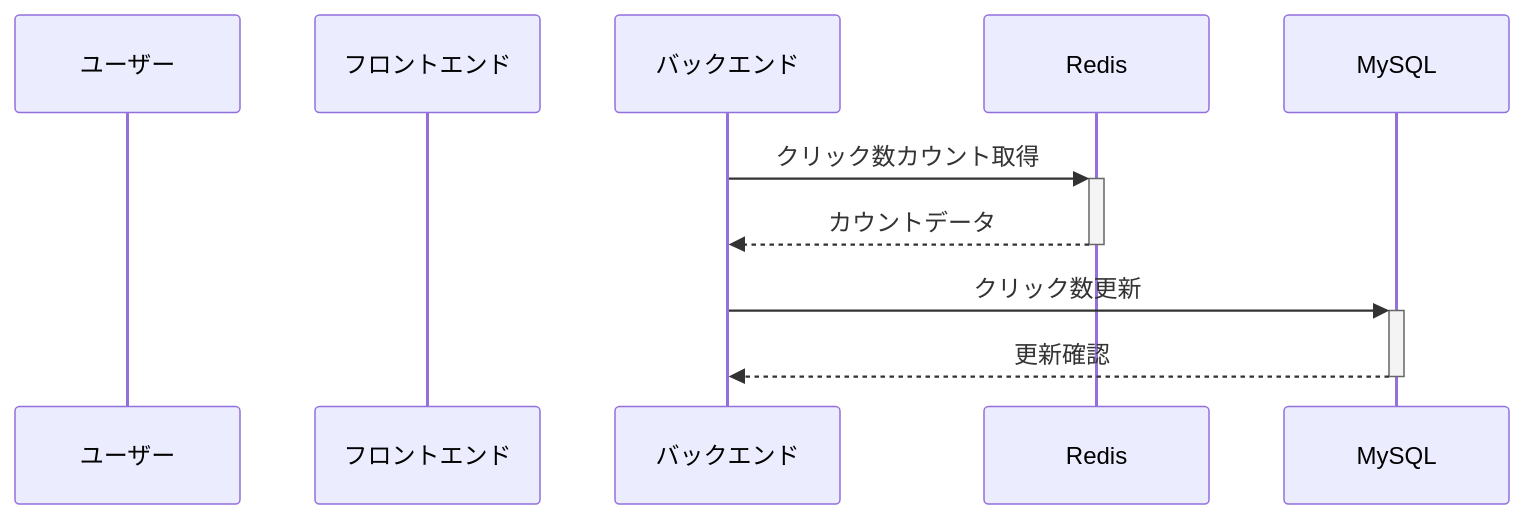
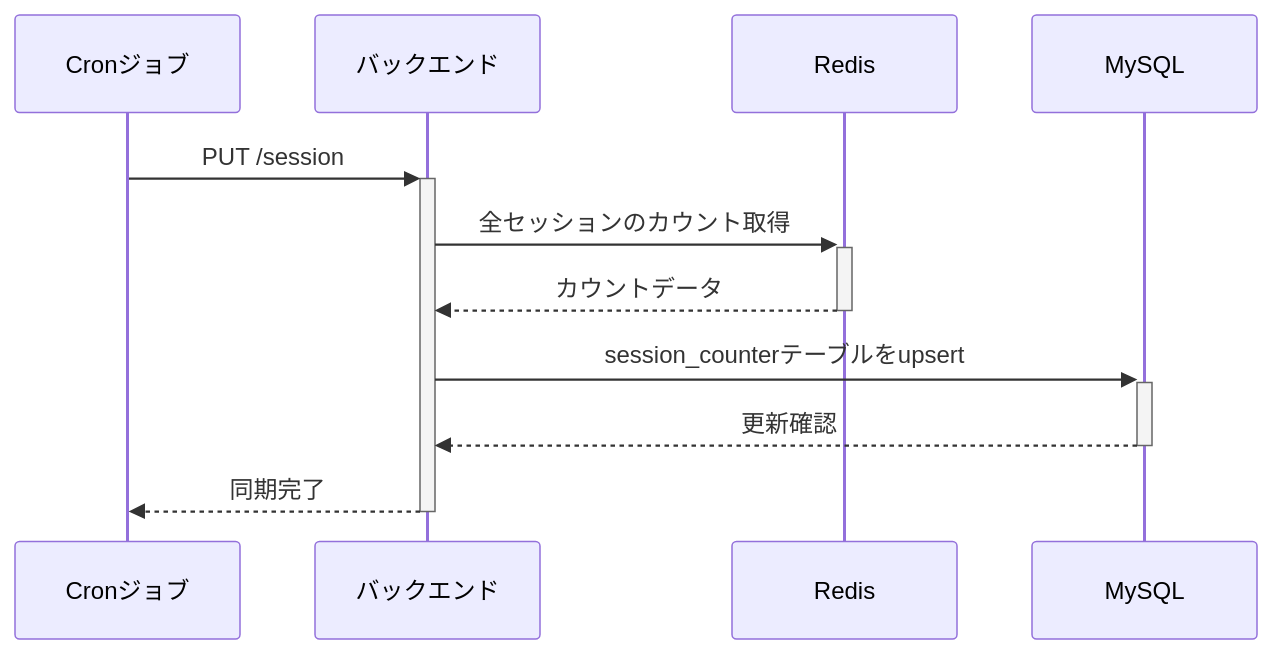
Before and after one commit to playpark-llc/kazoeru-kun: the second of 4 diagrams in README.md, drawn with Mermaid.

Commit message:
docs: Update sequence diagram format for Redis->MySQL sync
- Cronジョブを明示的に表示する形式に統一
- 週次ステータス更新のシーケンス図と同じ形式に変更
- 不要な参加者（User, Frontend）を削除

🤖 Generated with Claude Code

````diff
--- a/README.md
+++ b/README.md
@@ -122,13 +122,14 @@
 ```mermaid
 sequenceDiagram
-    participant User as ユーザー
-    participant Frontend as フロントエンド
+    participant Cron as Cronジョブ
     participant Backend as バックエンド
     participant Redis as Redis
     participant MySQL as MySQL
 
-    Backend->>+Redis: クリック数カウント取得
+    Cron->>+Backend: PUT /session
+    Backend->>+Redis: 全セッションのカウント取得
     Redis-->>-Backend: カウントデータ
-    Backend->>+MySQL: クリック数更新
+    Backend->>+MySQL: session_counterテーブルをupsert
     MySQL-->>-Backend: 更新確認
+    Backend-->>-Cron: 同期完了
 ```
````
